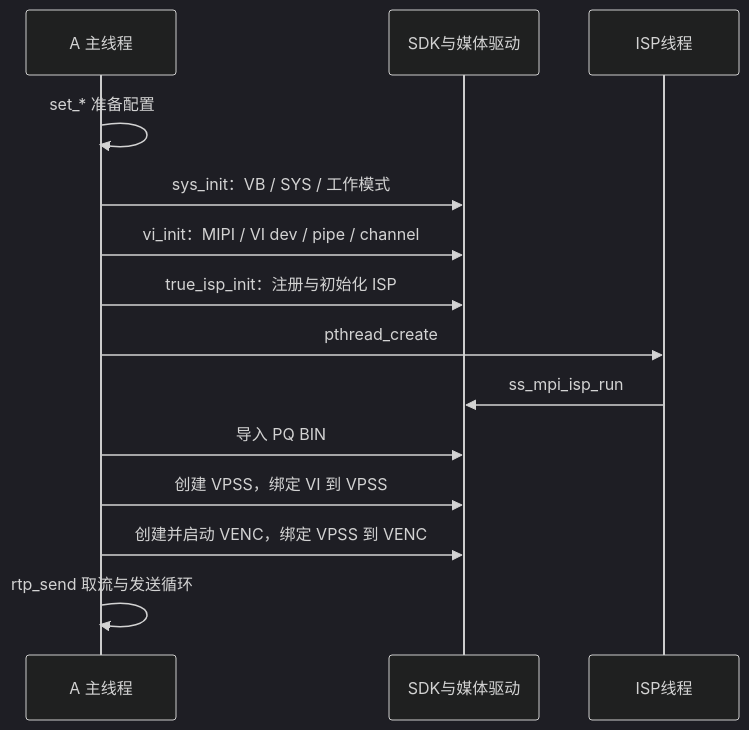
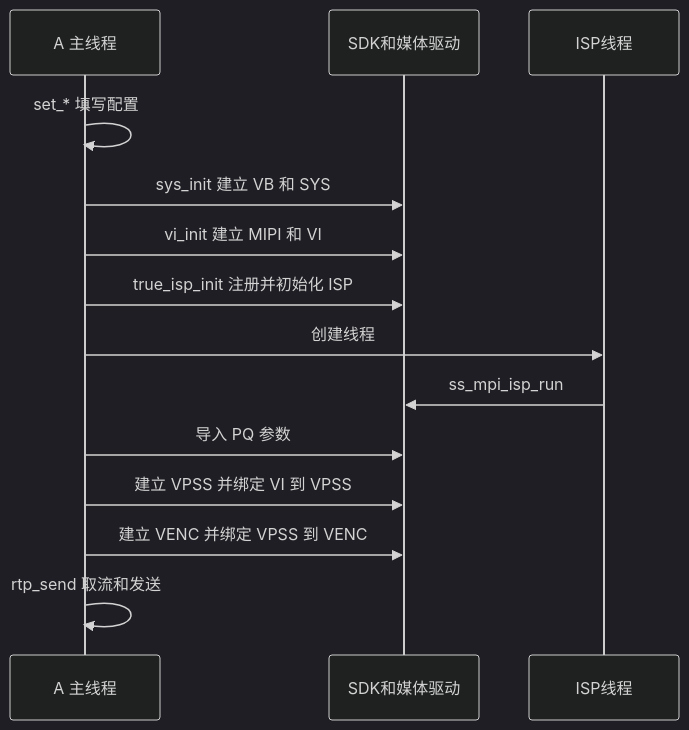
Before and after one commit to Bamboo-tt/Hi3516_Data_Transmission: the diagram in docs/Hi3516CV610_项目学习/04_媒体系统初始化.md, drawn with Mermaid (dark theme). The commit also changed other lines of this file and 23 other files, not shown here.

Commit message:
docs: refine Hi3516 learning guide and architecture analysis

````diff
--- a/docs/Hi3516CV610_项目学习/04_媒体系统初始化.md
+++ b/docs/Hi3516CV610_项目学习/04_媒体系统初始化.md
@@ -49,16 +64,16 @@
-~~~mermaid
+```mermaid
 sequenceDiagram
     participant M as A 主线程
-    participant D as SDK与媒体驱动
+    participant D as SDK和媒体驱动
     participant I as ISP线程
-    M->>M: set_* 准备配置
-    M->>D: sys_init：VB / SYS / 工作模式
-    M->>D: vi_init：MIPI / VI dev / pipe / channel
-    M->>D: true_isp_init：注册与初始化 ISP
-    M->>I: pthread_create
+    M->>M: set_* 填写配置
+    M->>D: sys_init 建立 VB 和 SYS
+    M->>D: vi_init 建立 MIPI 和 VI
+    M->>D: true_isp_init 注册并初始化 ISP
+    M->>I: 创建线程
     I->>D: ss_mpi_isp_run
-    M->>D: 导入 PQ BIN
-    M->>D: 创建 VPSS，绑定 VI 到 VPSS
-    M->>D: 创建并启动 VENC，绑定 VPSS 到 VENC
-    M->>M: rtp_send 取流与发送循环
-~~~
+    M->>D: 导入 PQ 参数
+    M->>D: 建立 VPSS 并绑定 VI 到 VPSS
+    M->>D: 建立 VENC 并绑定 VPSS 到 VENC
+    M->>M: rtp_send 取流和发送
+```
````
